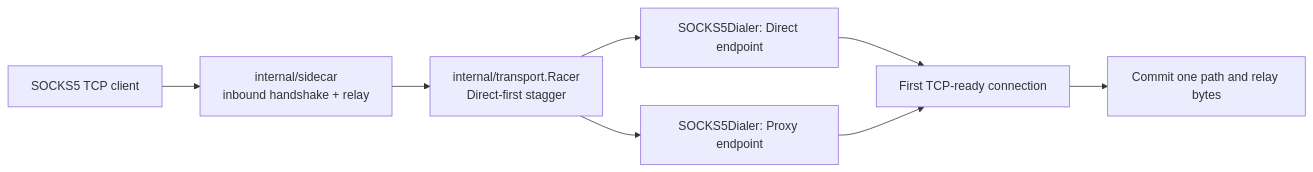
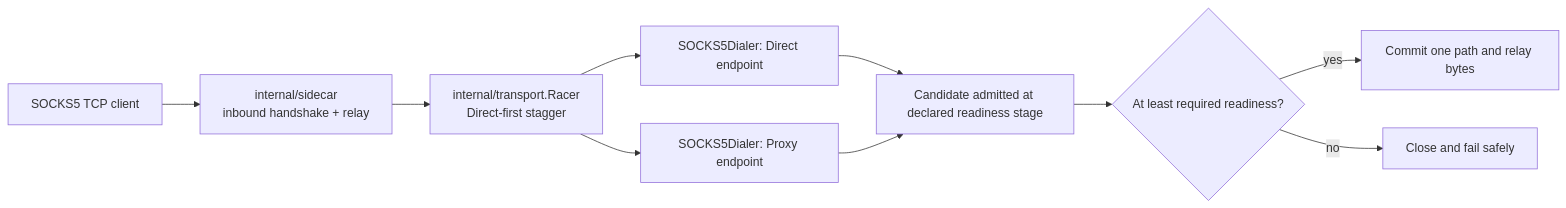
One commit to firfisa/smartroute changed the second of 4 diagrams in docs/02-technical-design.md. Above: the diagram before and after it, drawn with Mermaid. The commit also changed other lines of this file and 30 other files, not shown here.

````diff
--- a/docs/02-technical-design.md
+++ b/docs/02-technical-design.md
@@ -99,10 +99,12 @@
 ```mermaid
 flowchart LR
     Client["SOCKS5 TCP client"] --> Inbound["internal/sidecar\ninbound handshake + relay"]
     Inbound --> Racer["internal/transport.Racer\nDirect-first stagger"]
     Racer --> D["SOCKS5Dialer: Direct endpoint"]
     Racer --> P["SOCKS5Dialer: Proxy endpoint"]
-    D --> Winner["First TCP-ready connection"]
-    P --> Winner
-    Winner --> Relay["Commit one path and relay bytes"]
+    D --> Candidate["Candidate admitted at declared readiness stage"]
+    P --> Candidate
+    Candidate --> Gate{"At least required readiness?"}
+    Gate -->|"yes"| Relay["Commit one path and relay bytes"]
+    Gate -->|"no"| Reject["Close and fail safely"]
 ```
````
